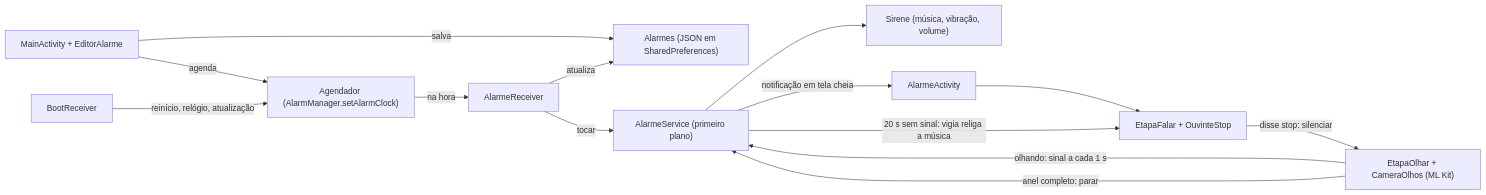
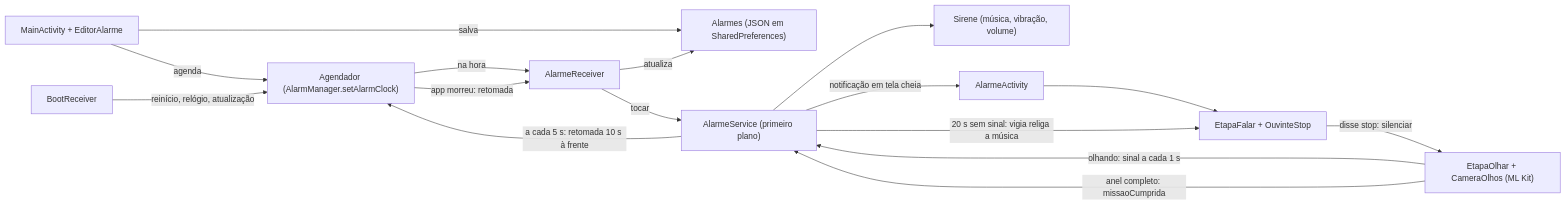
One commit to luiz-nast/alarme-implacavel changed the diagram in README.md. Above: the diagram before and after it, drawn with Mermaid. The commit also changed other lines of this file and 19 other files, not shown here.

````diff
--- a/README.md
+++ b/README.md
@@ -56,16 +56,18 @@
 ```mermaid
 flowchart LR
     UI["MainActivity + EditorAlarme"] -->|salva| Repo["Alarmes (JSON em SharedPreferences)"]
     UI -->|agenda| Ag["Agendador (AlarmManager.setAlarmClock)"]
     Ag -->|na hora| Rec["AlarmeReceiver"]
     Rec -->|atualiza| Repo
     Rec -->|tocar| Svc["AlarmeService (primeiro plano)"]
     Svc --> Sir["Sirene (música, vibração, volume)"]
     Svc -->|notificação em tela cheia| Tela["AlarmeActivity"]
     Tela --> Falar["EtapaFalar + OuvinteStop"]
     Falar -->|disse stop: silenciar| Olhar["EtapaOlhar + CameraOlhos (ML Kit)"]
     Olhar -->|olhando: sinal a cada 1 s| Svc
-    Olhar -->|anel completo: parar| Svc
+    Olhar -->|anel completo: missaoCumprida| Svc
     Svc -->|20 s sem sinal: vigia religa a música| Falar
+    Svc -->|a cada 5 s: retomada 10 s à frente| Ag
+    Ag -->|app morreu: retomada| Rec
     Boot["BootReceiver"] -->|reinício, relógio, atualização| Ag
 ```
````
